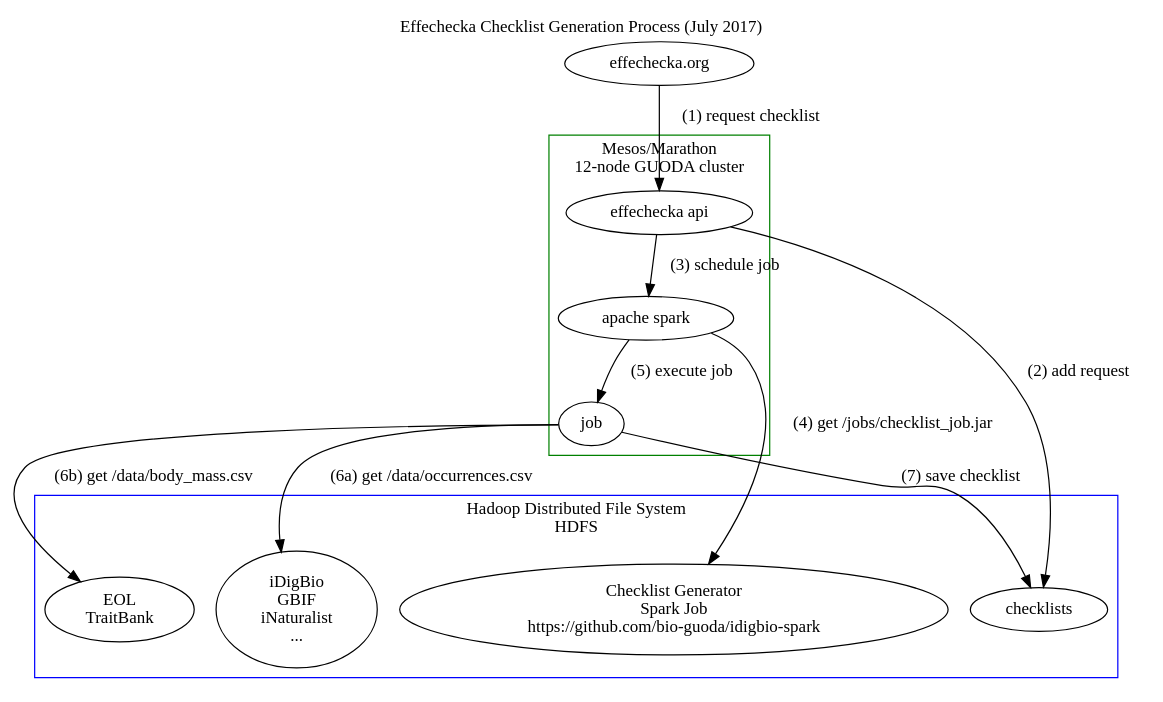
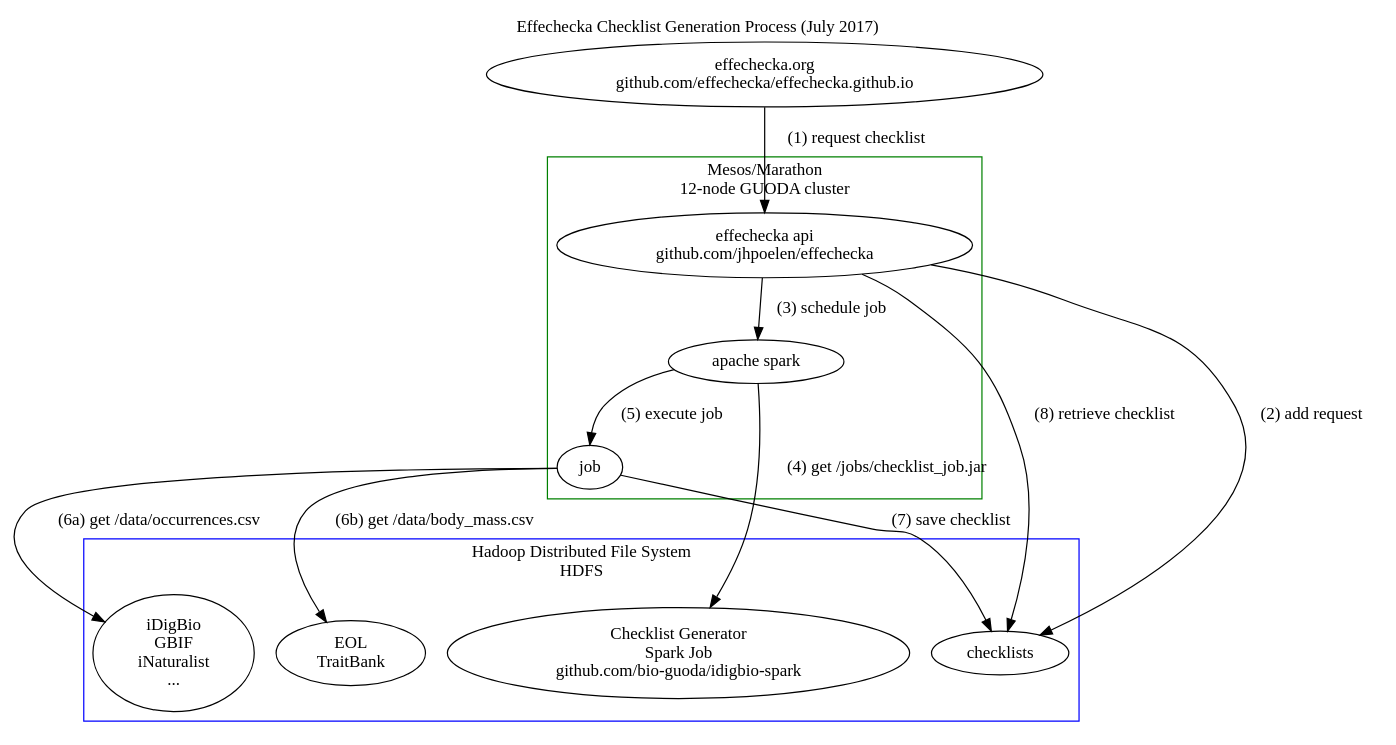
One commit to jhpoelen/effechecka changed the diagram in assets/checklistGenerationProcess.dot. Above: the diagram before and after it, drawn with Graphviz. The commit also changed 1 other file, not shown here.

```diff
--- a/assets/checklistGenerationProcess.dot
+++ b/assets/checklistGenerationProcess.dot
@@ -1,24 +1,25 @@
 digraph G {
   labelloc="t";
   label="Effechecka Checklist Generation Process (July 2017)";
   compound=true;
   fontname="bold";
-  "effechecka.org" -> "effechecka api"[label=" (1) request checklist"]
+  "effechecka.org\ngithub.com/effechecka/effechecka.github.io" -> "effechecka api\ngithub.com/jhpoelen/effechecka"[label=" (1) request checklist"]
   subgraph cluster0 {
-	"effechecka api" -> "apache spark"[label=" (3) schedule job"];
+	"effechecka api\ngithub.com/jhpoelen/effechecka" -> "apache spark"[label=" (3) schedule job"];
   "apache spark" -> "job"[label= " (5) execute job"];
     label = "Mesos/Marathon\n12-node GUODA cluster";
     color = "green";
   }
 
   subgraph cluster1 {
 		"job" -> "iDigBio\nGBIF\niNaturalist\n..."[label= " (6a) get /data/occurrences.csv"];
 		"job" -> "checklists"[label=" (7) save checklist"];
-    		"effechecka api" -> "checklists"[label=" (2) add request"];
+    		"effechecka api\ngithub.com/jhpoelen/effechecka" -> "checklists"[label=" (2) add request"];
+    		"effechecka api\ngithub.com/jhpoelen/effechecka" -> "checklists"[label=" (8) retrieve checklist"];
 		"job" -> "EOL\nTraitBank"[label= " (6b) get /data/body_mass.csv"];
-		"apache spark" -> "Checklist Generator\nSpark Job\nhttps://github.com/bio-guoda/idigbio-spark"[label= " (4) get /jobs/checklist_job.jar"];
+		"apache spark" -> "Checklist Generator\nSpark Job\ngithub.com/bio-guoda/idigbio-spark"[label= " (4) get /jobs/checklist_job.jar"];
 		label = "Hadoop Distributed File System\nHDFS"
 		color = "blue"
   }
 
 }
```
